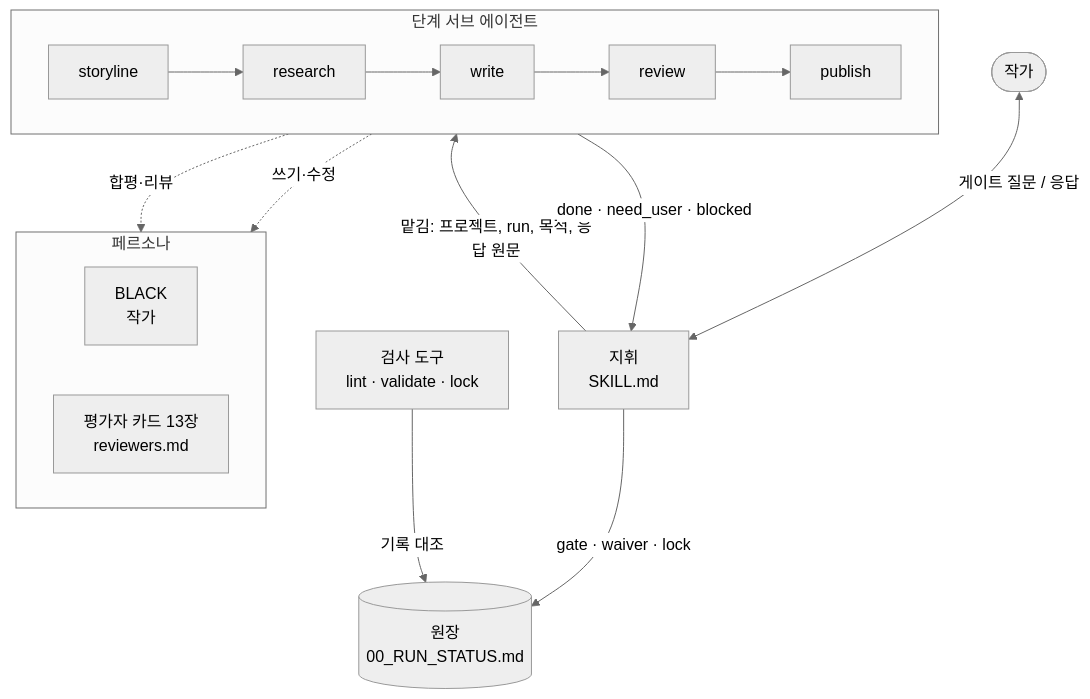
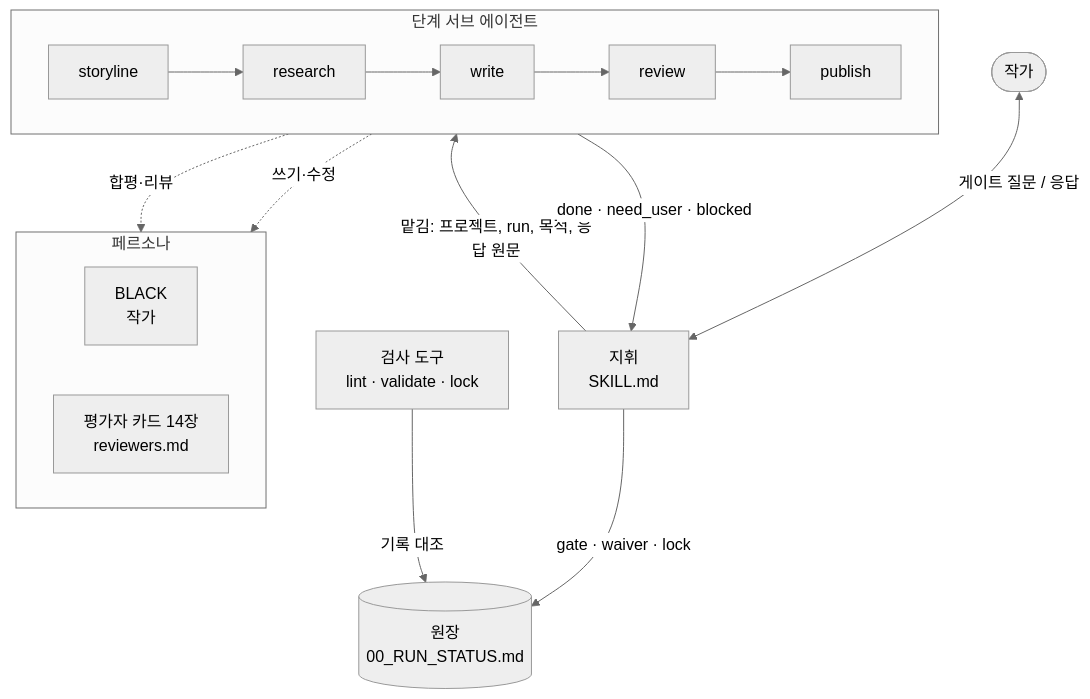
Before and after one commit to bookroasting/novel-writing: the first of 4 diagrams in README.md, drawn with Mermaid (neutral theme). The commit also changed other lines of this file and 18 other files, not shown here.

````diff
--- a/README.md
+++ b/README.md
@@ -26,27 +26,27 @@
 ```mermaid
 flowchart TB
     U(["작가"])
     C["지휘<br/>SKILL.md"]
     L[("원장<br/>00_RUN_STATUS.md")]
 
     subgraph SA["단계 서브 에이전트"]
         direction LR
         S1["storyline"] --> S2["research"] --> S3["write"] --> S4["review"] --> S5["publish"]
     end
 
     subgraph P["페르소나"]
         direction LR
         B["BLACK<br/>작가"]
-        R["평가자 카드 13장<br/>reviewers.md"]
+        R["평가자 카드 14장<br/>reviewers.md"]
     end
 
     T["검사 도구<br/>lint · validate · lock"]
 
     U <-- "게이트 질문 / 응답" --> C
     C -- "맡김: 프로젝트, run, 목적, 응답 원문" --> SA
     SA -- "done · need_user · blocked" --> C
     C -- "gate · waiver · lock" --> L
     SA -. "쓰기·수정" .-> B
     SA -. "합평·리뷰" .-> R
     T -- "기록 대조" --> L
 ```
````
